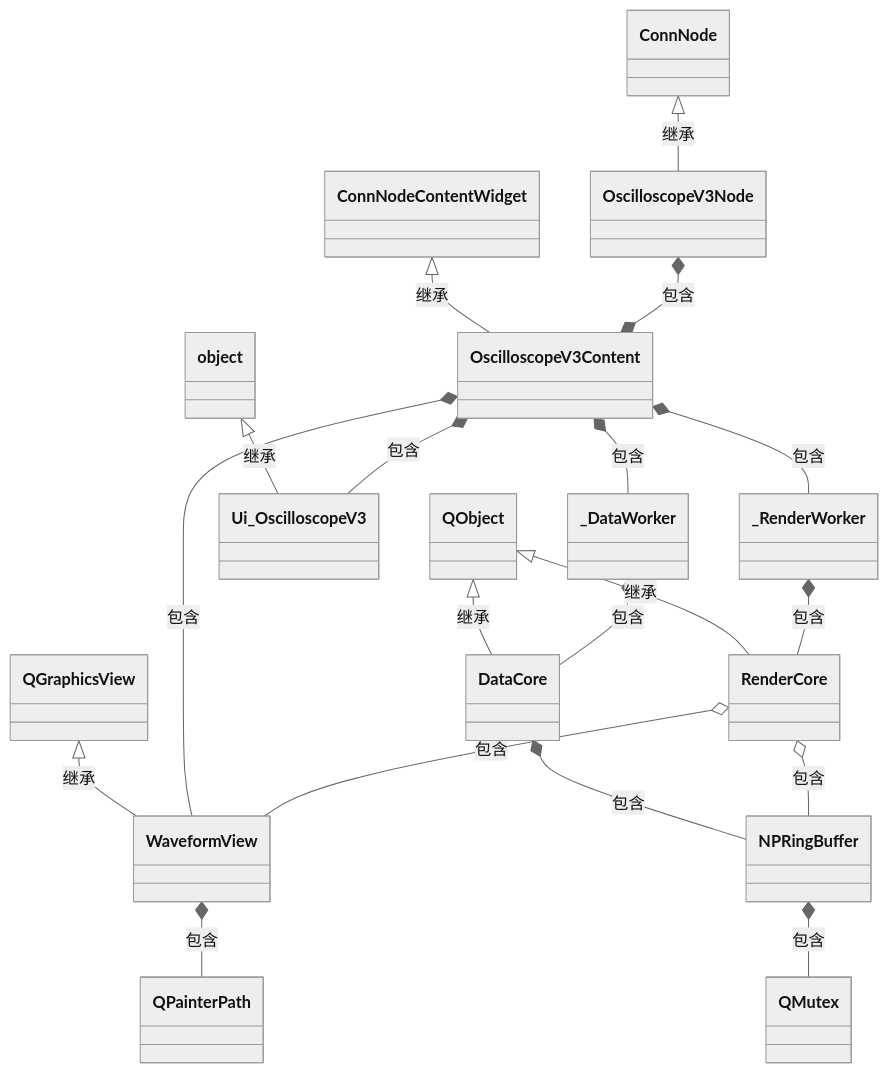
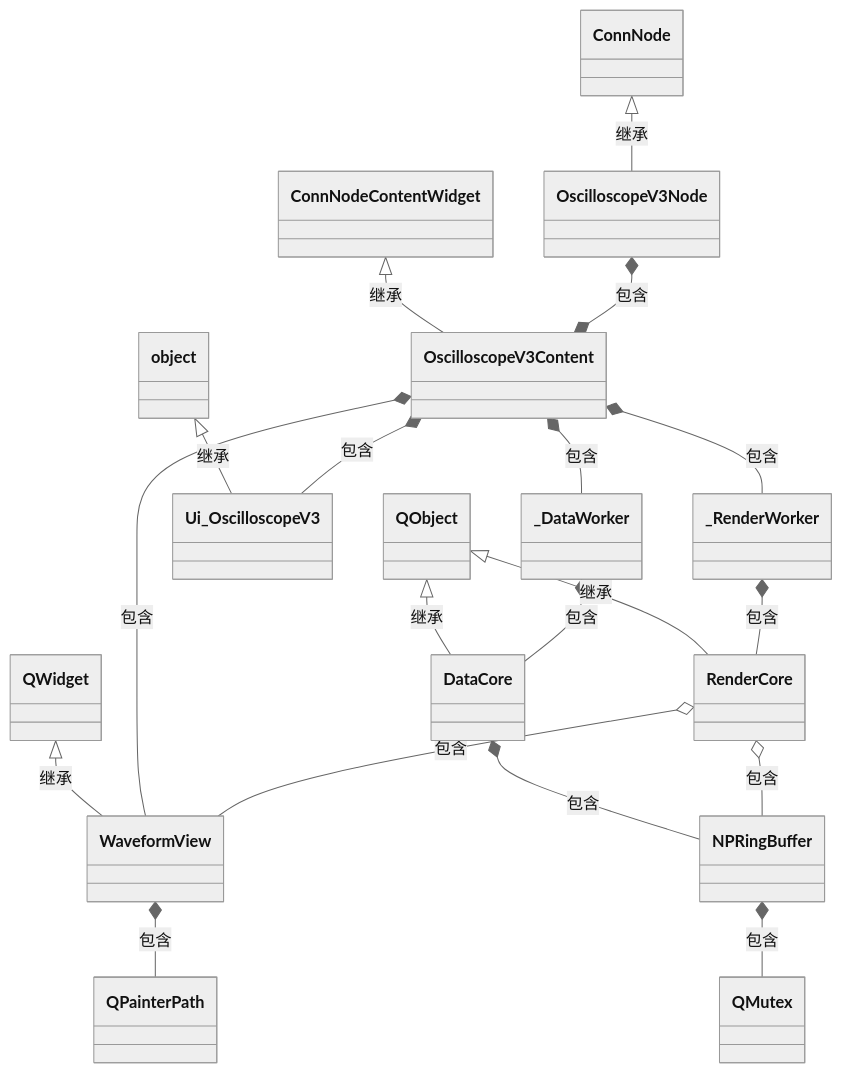
The second of 3 diagrams in connnodes/oscilloscope_v3/设计文档/总体.md (Athlete41/Signal-Router-Graph), drawn with Mermaid (neutral theme) before and after one commit. The commit also changed 7 other files, not shown here.

````diff
--- a/connnodes/oscilloscope_v3/设计文档/总体.md
+++ b/connnodes/oscilloscope_v3/设计文档/总体.md
@@ -44,31 +44,31 @@
 ```mermaid
 classDiagram
     class ConnNode
     class ConnNodeContentWidget
     class QObject
     class QMutex
     class QPainterPath
     class object
-    class QGraphicsView
+    class QWidget
 
-    QGraphicsView <|-- WaveformView : 继承
+    QWidget <|-- WaveformView : 继承
     ConnNode <|-- OscilloscopeV3Node : 继承
     ConnNodeContentWidget <|-- OscilloscopeV3Content : 继承
     QObject <|-- DataCore : 继承
     QObject <|-- RenderCore : 继承
     object <|-- Ui_OscilloscopeV3 : 继承
 
     OscilloscopeV3Content *-- Ui_OscilloscopeV3 : 包含
     OscilloscopeV3Content *-- WaveformView : 包含
     WaveformView *-- QPainterPath : 包含
     OscilloscopeV3Content *-- _DataWorker : 包含
     OscilloscopeV3Content *-- _RenderWorker : 包含
     _DataWorker *-- DataCore : 包含
     _RenderWorker *-- RenderCore : 包含
     DataCore *-- NPRingBuffer : 包含
     RenderCore o-- NPRingBuffer : 包含
     RenderCore o-- WaveformView : 包含
     NPRingBuffer *-- QMutex : 包含
     OscilloscopeV3Node *--* OscilloscopeV3Content : 包含
     
 ```
````
